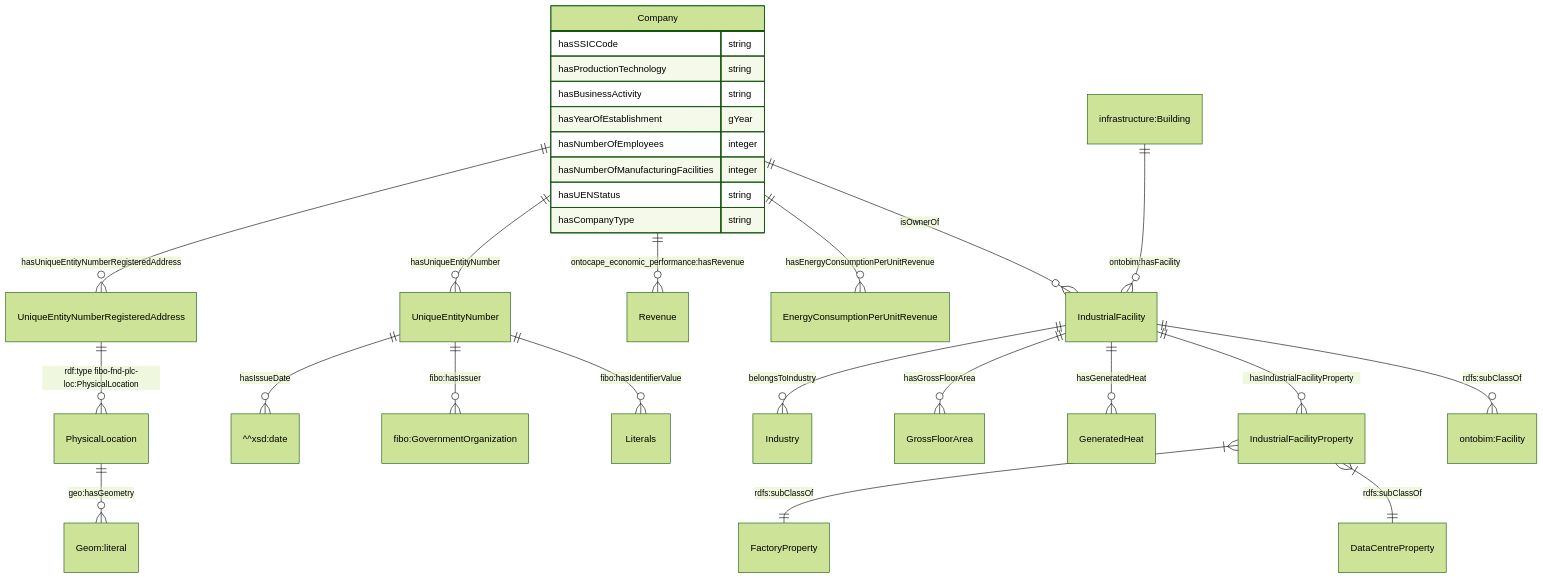
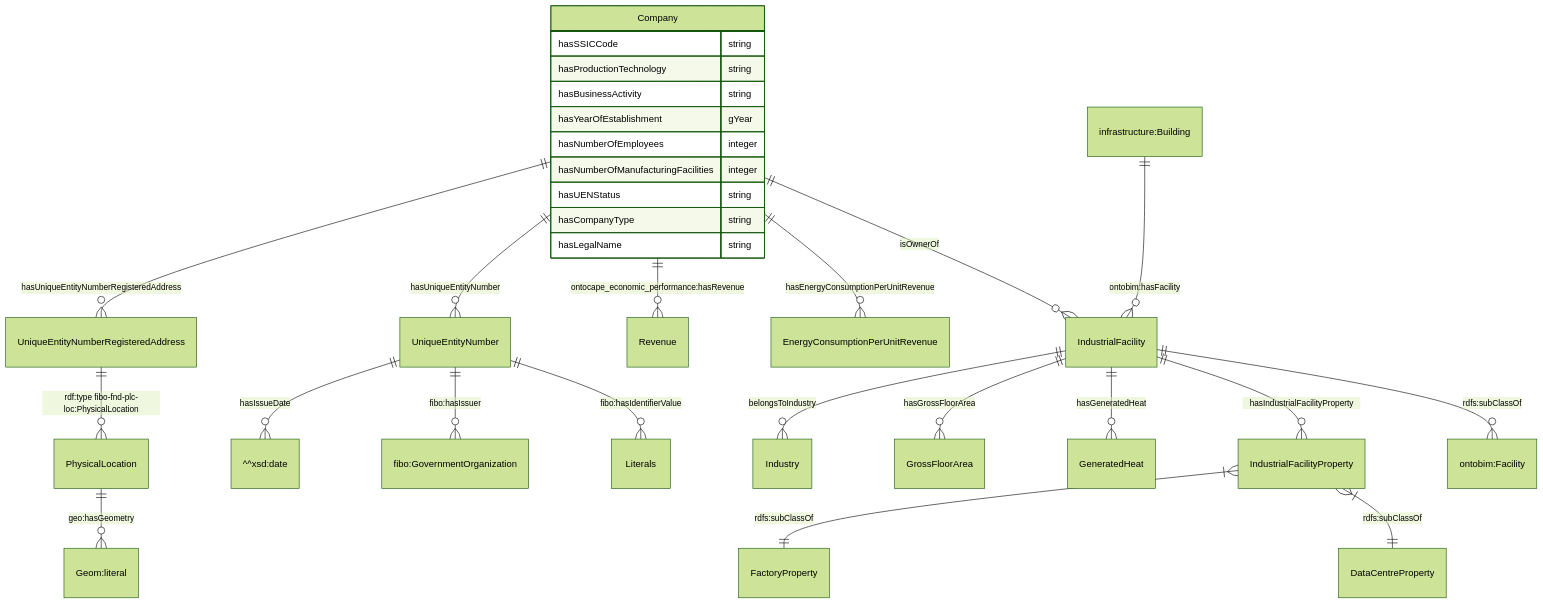
The first of 5 diagrams in ontology/ontocompany/README.md (TheWorldAvatar/ontology), drawn with Mermaid (forest theme) before and after one commit.

Commit message:
Added hasLegalName property

````diff
--- a/ontology/ontocompany/README.md
+++ b/ontology/ontocompany/README.md
@@ -22,31 +22,32 @@
 ```mermaid
 erDiagram
     "Company" ||--o{ "IndustrialFacility" : isOwnerOf
     "Company" ||--o{ "EnergyConsumptionPerUnitRevenue" : hasEnergyConsumptionPerUnitRevenue
     "Company" ||--o{ "Revenue" : "ontocape_economic_performance:hasRevenue"
     "Company" {
         hasSSICCode string
         hasProductionTechnology string
         hasBusinessActivity string
         hasYearOfEstablishment gYear
         hasNumberOfEmployees integer
         hasNumberOfManufacturingFacilities integer
         hasUENStatus string
         hasCompanyType string
+        hasLegalName string
     }
     "Company" ||--o{ "UniqueEntityNumber" : hasUniqueEntityNumber
     "UniqueEntityNumber" ||--o{ "Literals" : "fibo:hasIdentifierValue"
     "UniqueEntityNumber" ||--o{ "fibo:GovernmentOrganization" : "fibo:hasIssuer"
     "UniqueEntityNumber" ||--o{ "^^xsd:date" : hasIssueDate
     "Company" ||--o{ "UniqueEntityNumberRegisteredAddress" : hasUniqueEntityNumberRegisteredAddress
     "UniqueEntityNumberRegisteredAddress" ||--o{ PhysicalLocation : "rdf:type fibo-fnd-plc-loc:PhysicalLocation"
     "PhysicalLocation" ||--o{ "Geom:literal" : "geo:hasGeometry"
     "infrastructure:Building" ||--o{ "IndustrialFacility" : "ontobim:hasFacility"
     "IndustrialFacility" ||--o{ "ontobim:Facility" : "rdfs:subClassOf"
     "IndustrialFacility" ||--o{ "IndustrialFacilityProperty" : hasIndustrialFacilityProperty
     "IndustrialFacilityProperty" }|--|| "DataCentreProperty" : "rdfs:subClassOf"
     "IndustrialFacilityProperty" }|--|| "FactoryProperty" : "rdfs:subClassOf"
     "IndustrialFacility" ||--o{ "GeneratedHeat" : hasGeneratedHeat
     "IndustrialFacility" ||--o{ "GrossFloorArea" : hasGrossFloorArea
     "IndustrialFacility" ||--o{ "Industry" : belongsToIndustry
 ```
````
